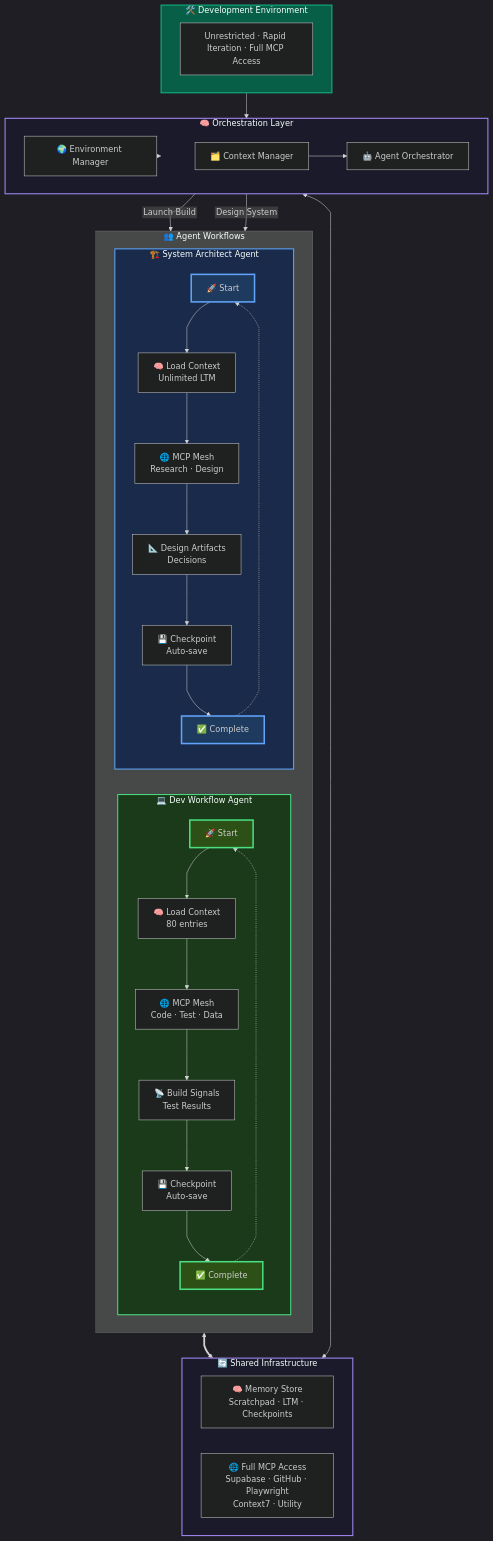
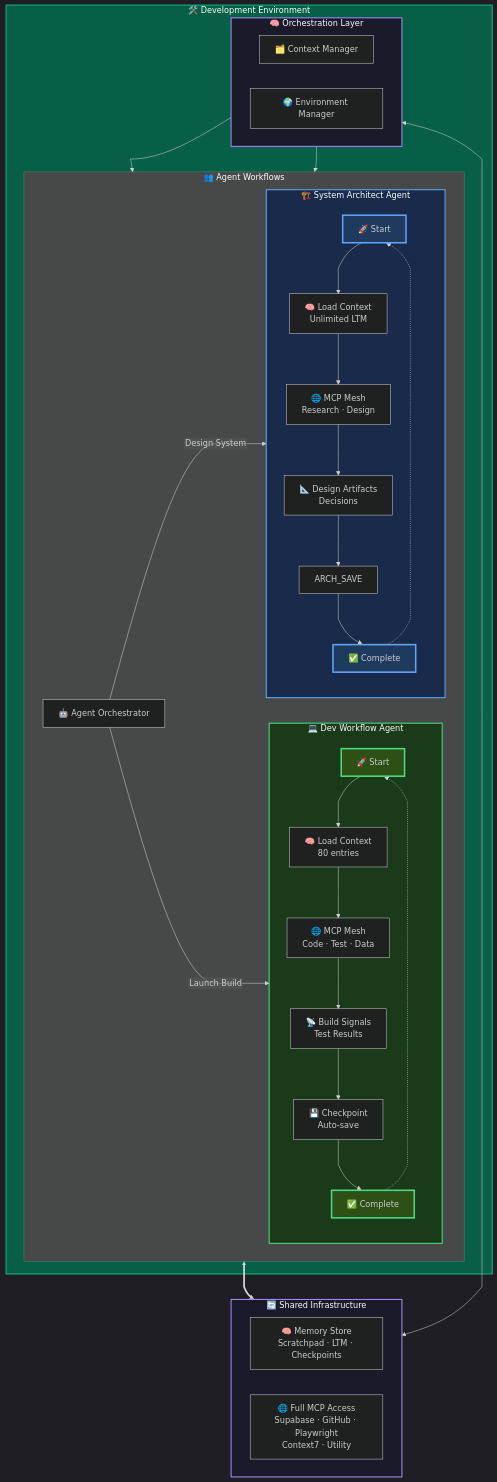
One commit to Alextorelli/ProspectPro changed the diagram in dev-tools/workspace/context/session_store/context-development.mmd. Above: the diagram before and after it, drawn with Mermaid. The commit also changed 5 other files, not shown here.

Commit message:
feat: archive and enhance context diagrams for development, orchestration, and agent workflows with improved clarity and structure

```diff
--- a/dev-tools/workspace/context/session_store/context-development.mmd
+++ b/dev-tools/workspace/context/session_store/context-development.mmd
@@ -1,76 +1,74 @@
 %%{init: { "theme": "dark", "fontFamily": "Inter", "flowchart": { "htmlLabels": false, "curve": "monotoneX" } }}%%
 flowchart TB
     subgraph ENV["🛠️ Development Environment"]
-        ENV_LABEL["Unrestricted · Rapid Iteration · Full MCP Access"]
-    end
-    
+   
     subgraph ORCH["🧠 Orchestration Layer"]
         direction LR
         CM["🗂️ Context Manager"]
-        AO["🤖 Agent Orchestrator"]
         EM["🌍 Environment Manager"]
     end
 
-    ENV --> EM
-    EM --> ORCH
+    EM --> AO
     CM --> AO
 
     subgraph AGENTS["👥 Agent Workflows"]
         direction LR
-        
+                AO["🤖 Agent Orchestrator"]
         subgraph DEV_FLOW["💻 Dev Workflow Agent"]
             direction TB
             DEV_START["🚀 Start"]
             DEV_MEM["🧠 Load Context<br/>80 entries"]
             DEV_MCP["🌐 MCP Mesh<br/>Code · Test · Data"]
             DEV_SIG["📡 Build Signals<br/>Test Results"]
             DEV_SAVE["💾 Checkpoint<br/>Auto-save"]
             DEV_END["✅ Complete"]
             
             DEV_START --> DEV_MEM
             DEV_MEM --> DEV_MCP
             DEV_MCP --> DEV_SIG
             DEV_SIG --> DEV_SAVE
             DEV_SAVE --> DEV_END
             DEV_END -.-> DEV_START
         end
 
         subgraph ARCH_FLOW["🏗️ System Architect Agent"]
             direction TB
             ARCH_START["🚀 Start"]
             ARCH_MEM["🧠 Load Context<br/>Unlimited LTM"]
             ARCH_MCP["🌐 MCP Mesh<br/>Research · Design"]
             ARCH_SIG["📐 Design Artifacts<br/>Decisions"]
-            ARCH_SAVE["💾 Checkpoint<br/>Auto-save"]
             ARCH_END["✅ Complete"]
             
             ARCH_START --> ARCH_MEM
             ARCH_MEM --> ARCH_MCP
             ARCH_MCP --> ARCH_SIG
             ARCH_SIG --> ARCH_SAVE
             ARCH_SAVE --> ARCH_END
             ARCH_END -.-> ARCH_START
         end
     end
+end
 
     AO -- "Launch Build" --> DEV_START
     AO -- "Design System" --> ARCH_START
 
     subgraph SHARED["🔄 Shared Infrastructure"]
         direction LR
         MEMORY["🧠 Memory Store<br/>Scratchpad · LTM · Checkpoints"]
         MCP["🌐 Full MCP Access<br/>Supabase · GitHub · Playwright<br/>Context7 · Utility"]
     end
+
+
 
     AGENTS <==> SHARED
     ORCH <--> SHARED
 
     style ENV fill:#065f46,stroke:#10b981,stroke-width:2px
     style ORCH fill:#1a1a2a,stroke:#a78bfa,stroke-width:2px
     style DEV_FLOW fill:#1a3a1a,stroke:#4ade80,stroke-width:2px
     style ARCH_FLOW fill:#1a2a4a,stroke:#60a5fa,stroke-width:2px
     style SHARED fill:#1a1a2a,stroke:#a78bfa,stroke-width:2px
     style DEV_START fill:#2d5016,stroke:#4ade80,stroke-width:3px
     style ARCH_START fill:#1e3a5f,stroke:#60a5fa,stroke-width:3px
     style DEV_END fill:#2d5016,stroke:#4ade80,stroke-width:3px
     style ARCH_END fill:#1e3a5f,stroke:#60a5fa,stroke-width:3px
```
